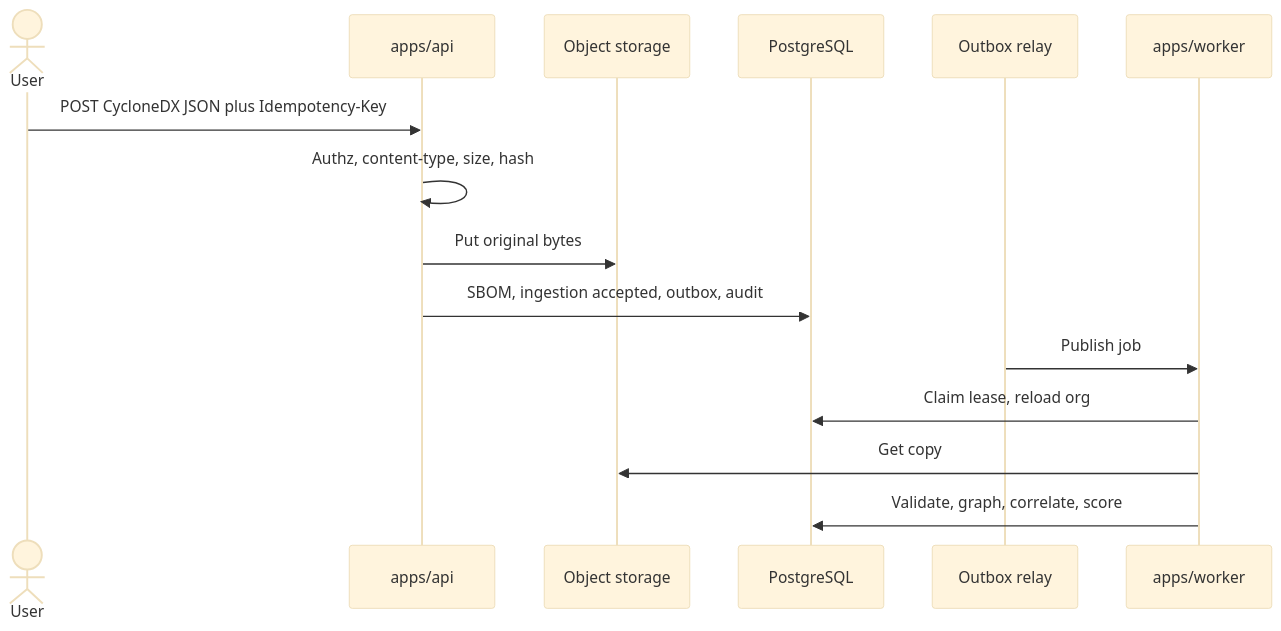
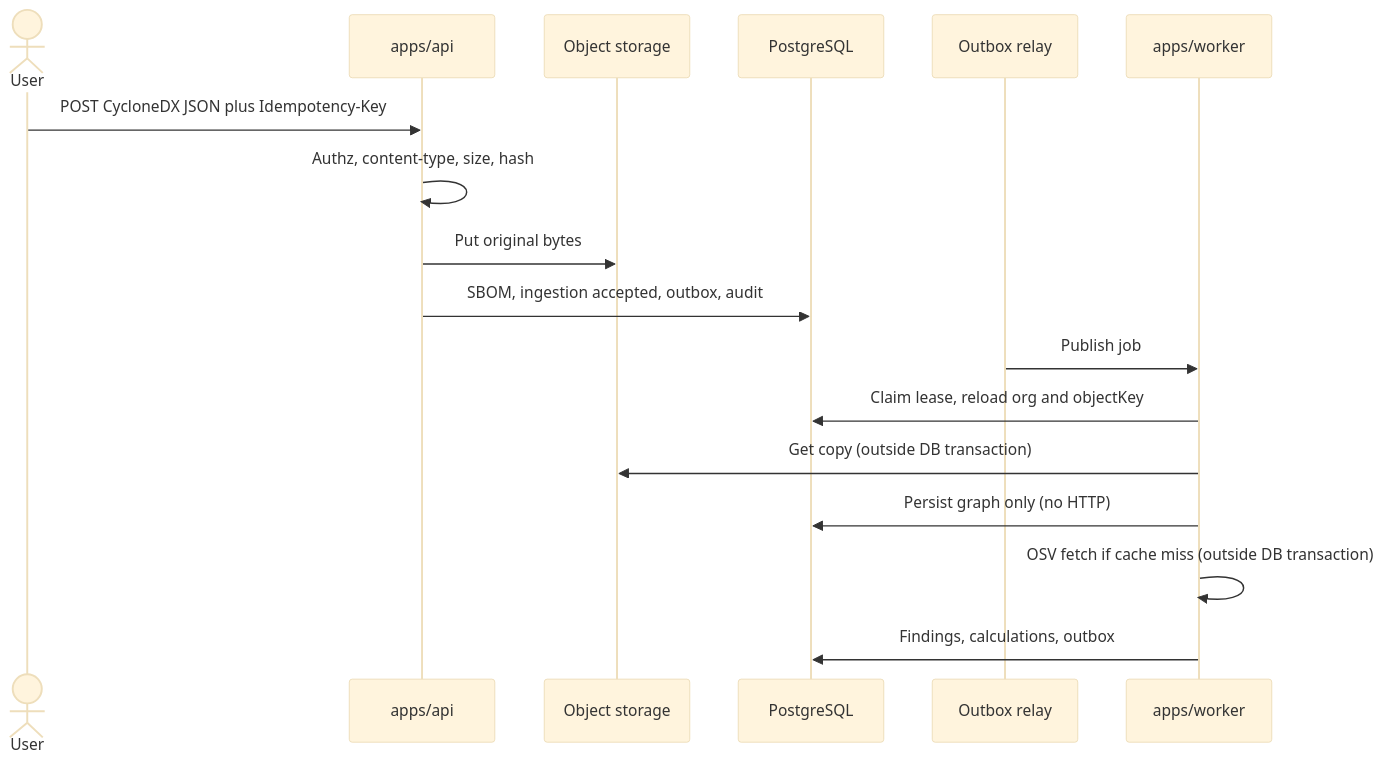
The diagram in docs/architecture/sbom-ingestion.md (rudzy123/patchpilot), drawn with Mermaid (base theme) before and after one commit. The commit also changed other lines of this file and 19 other files, not shown here.

First line of the commit message:
docs(security): close architecture review gaps in tenancy and scoring

````diff
--- a/docs/architecture/sbom-ingestion.md
+++ b/docs/architecture/sbom-ingestion.md
@@ -97,17 +99,19 @@
 ```mermaid
 sequenceDiagram
   actor User
   participant API as apps/api
   participant OS as Object storage
   participant PG as PostgreSQL
   participant Relay as Outbox relay
   participant W as apps/worker
   User->>API: POST CycloneDX JSON plus Idempotency-Key
   API->>API: Authz, content-type, size, hash
   API->>OS: Put original bytes
   API->>PG: SBOM, ingestion accepted, outbox, audit
   Relay->>W: Publish job
-  W->>PG: Claim lease, reload org
-  W->>OS: Get copy
-  W->>PG: Validate, graph, correlate, score
+  W->>PG: Claim lease, reload org and objectKey
+  W->>OS: Get copy (outside DB transaction)
+  W->>PG: Persist graph only (no HTTP)
+  W->>W: OSV fetch if cache miss (outside DB transaction)
+  W->>PG: Findings, calculations, outbox
 ```
````
